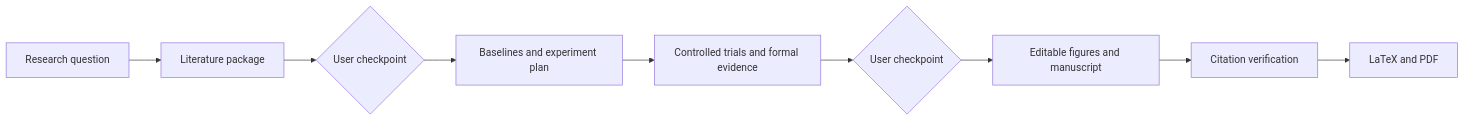
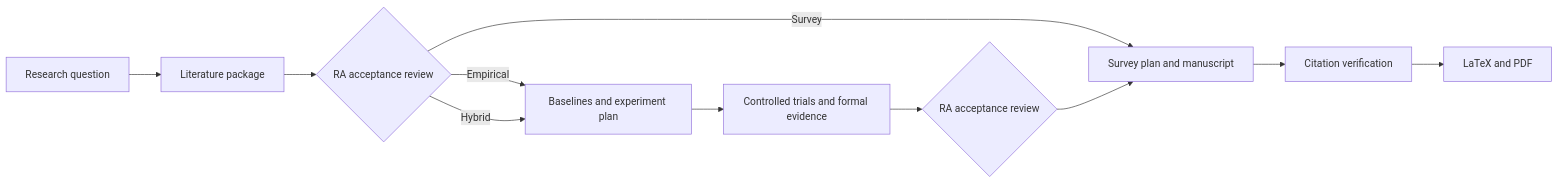
Before and after one commit to hdu-ailab/EasyResearch: the diagram in README.md, drawn with Mermaid. The commit also changed other lines of this file and 41 other files, not shown here.

Commit message:
feat(workflow): add survey and SSH experiment support

````diff
--- a/README.md
+++ b/README.md
@@ -139,11 +142,13 @@
 ```mermaid
 flowchart LR
     A[Research question] --> B[Literature package]
-    B --> C{User checkpoint}
-    C --> D[Baselines and experiment plan]
+    B --> C{RA acceptance review}
+    C -->|Survey| G[Survey plan and manuscript]
+    C -->|Empirical| D[Baselines and experiment plan]
+    C -->|Hybrid| D
     D --> E[Controlled trials and formal evidence]
-    E --> F{User checkpoint}
-    F --> G[Editable figures and manuscript]
+    E --> F{RA acceptance review}
+    F --> G
     G --> H[Citation verification]
     H --> I[LaTeX and PDF]
 ```
````
